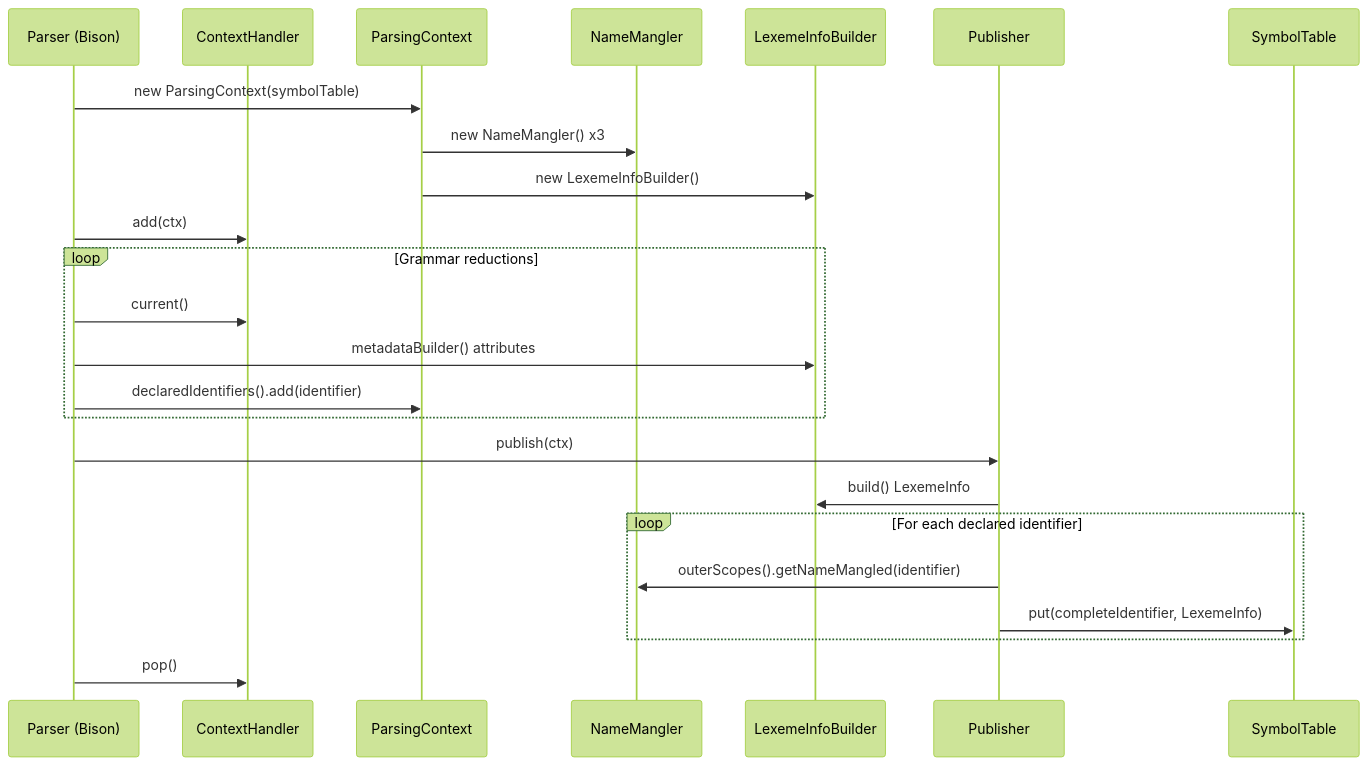
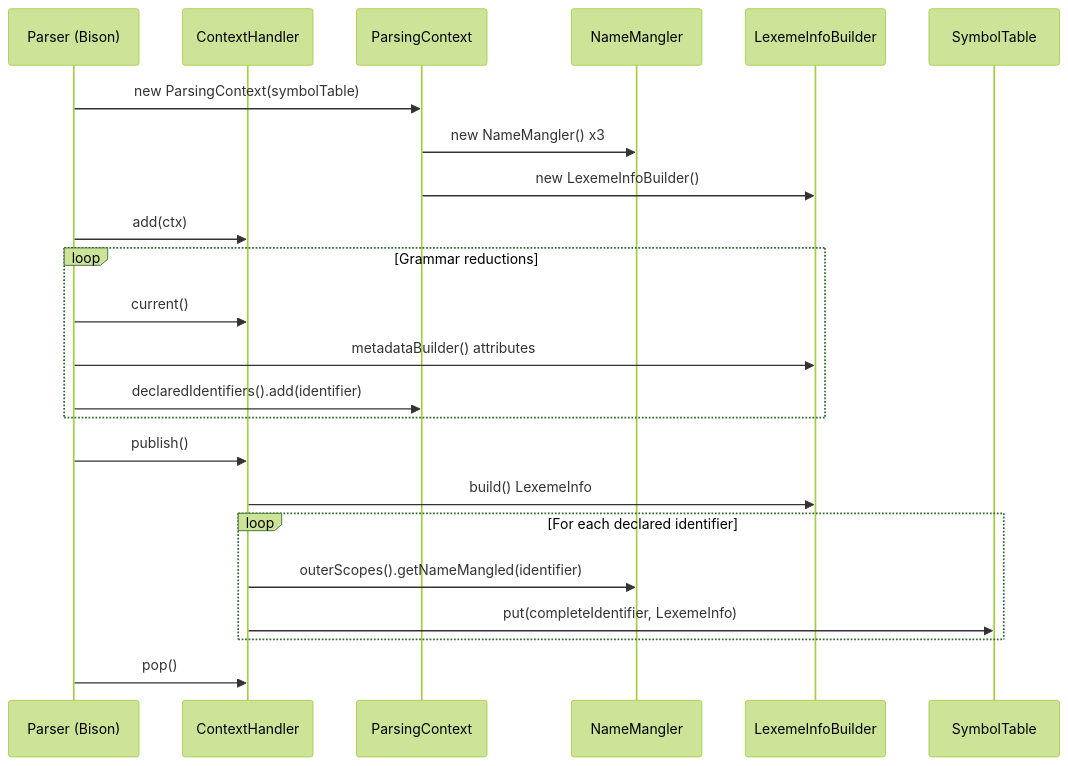
The fifth of 6 diagrams in doc/modules/parser.md (PascalUser/FLC-IEC61131-7), drawn with Mermaid (forest theme) before and after one commit. The commit also changed other lines of this file and 24 other files, not shown here.

````diff
--- a/doc/modules/parser.md
+++ b/doc/modules/parser.md
@@ -446,30 +471,29 @@
 ```mermaid
 sequenceDiagram
     participant Parser as Parser (Bison)
     participant CH as ContextHandler
     participant PC as ParsingContext
     participant NM as NameMangler
     participant Builder as LexemeInfoBuilder
-    participant Pub as Publisher
     participant ST as SymbolTable
 
     Parser->>PC: new ParsingContext(symbolTable)
     PC->>NM: new NameMangler() x3
     PC->>Builder: new LexemeInfoBuilder()
     Parser->>CH: add(ctx)
 
     loop Grammar reductions
         Parser->>CH: current()
         Parser->>Builder: metadataBuilder() attributes
         Parser->>PC: declaredIdentifiers().add(identifier)
     end
 
-    Parser->>Pub: publish(ctx)
-    Pub->>Builder: build() LexemeInfo
+    Parser->>CH: publish()
+    CH->>Builder: build() LexemeInfo
     loop For each declared identifier
-        Pub->>NM: outerScopes().getNameMangled(identifier)
-        Pub->>ST: put(completeIdentifier, LexemeInfo)
+        CH->>NM: outerScopes().getNameMangled(identifier)
+        CH->>ST: put(completeIdentifier, LexemeInfo)
     end
 
     Parser->>CH: pop()
 ```
````
